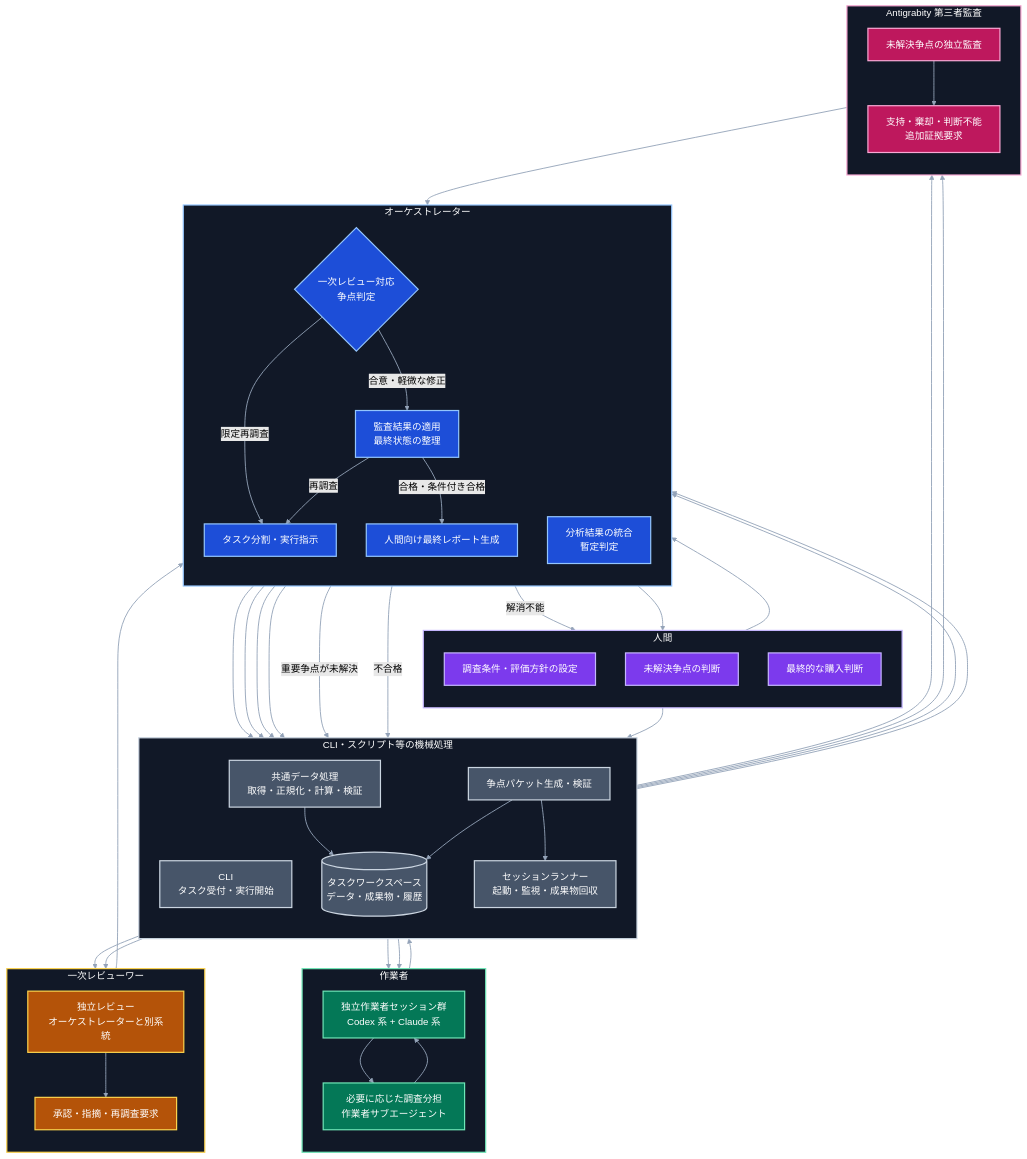
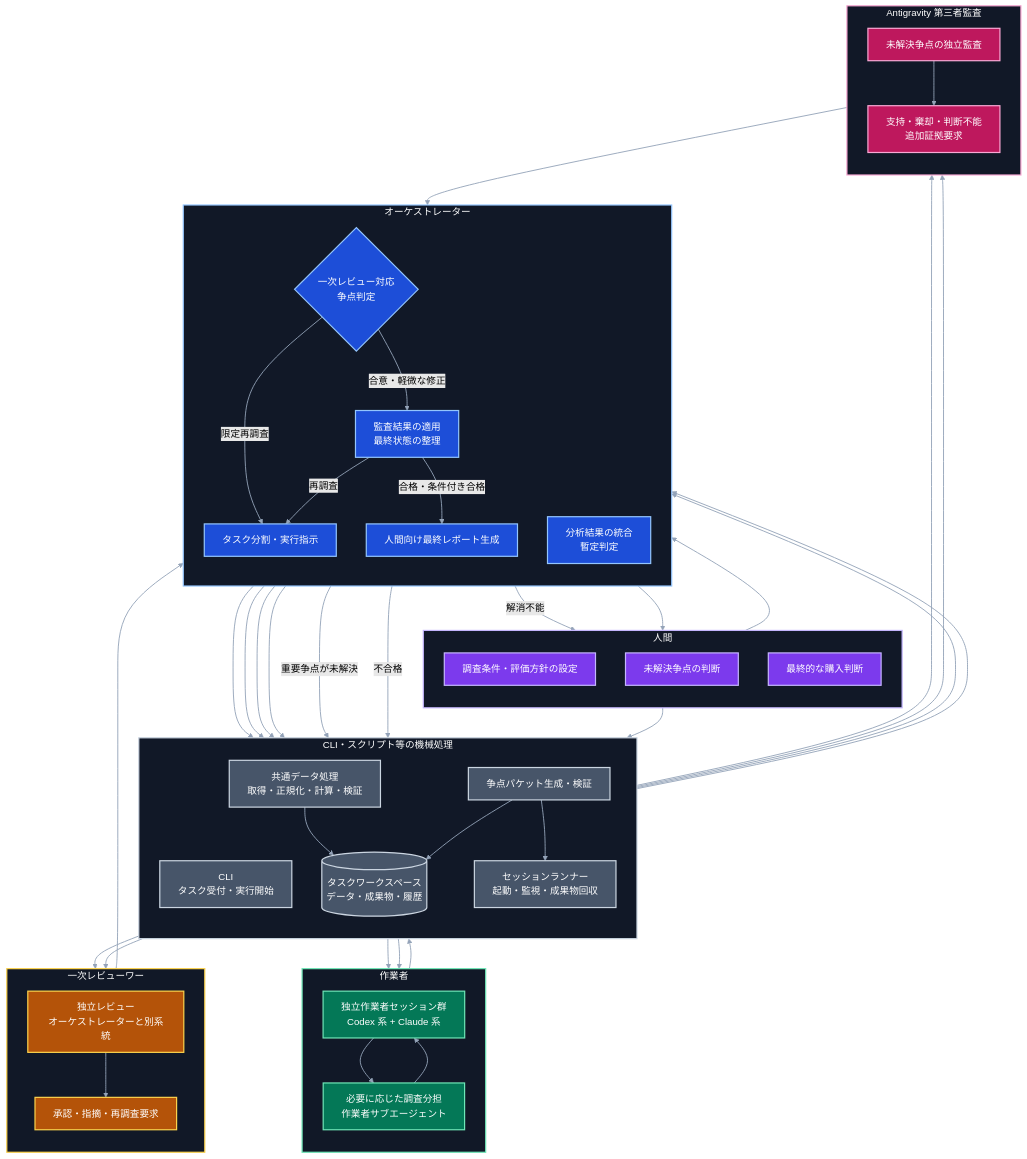
The first of 7 diagrams in docs/design/02-stock-research-system-architecture.md (toike08D17012/system-trade-with-llm-orchestrator), drawn with Mermaid (forest theme) before and after one commit. The commit also changed other lines of this file and 1 other file, not shown here.

Commit message:
docs: standardize Antigravity and reviewer policy

````diff
--- a/docs/design/02-stock-research-system-architecture.md
+++ b/docs/design/02-stock-research-system-architecture.md
@@ -62,7 +62,7 @@
         RJ["承認・指摘・再調査要求"]
     end
 
-    subgraph ANTIGRABITY_AUDIT["Antigrabity 第三者監査"]
+    subgraph ANTIGRAVITY_AUDIT["Antigravity 第三者監査"]
         direction TB
         G["未解決争点の独立監査"]
         GJ["支持・棄却・判断不能<br/>追加証拠要求"]
@@ -105,21 +105,21 @@
     classDef orchestratorRole fill:#1D4ED8,stroke:#93C5FD,color:#FFFFFF,stroke-width:2px
     classDef workerRole fill:#047857,stroke:#6EE7B7,color:#FFFFFF,stroke-width:2px
     classDef reviewerRole fill:#B45309,stroke:#FCD34D,color:#FFFFFF,stroke-width:2px
-    classDef antigrabityRole fill:#BE185D,stroke:#F9A8D4,color:#FFFFFF,stroke-width:2px
+    classDef antigravityRole fill:#BE185D,stroke:#F9A8D4,color:#FFFFFF,stroke-width:2px
     classDef machineRole fill:#475569,stroke:#CBD5E1,color:#FFFFFF,stroke-width:2px
 
     class H,HE,HD humanRole
     class O,A,J,Z,F orchestratorRole
     class W,WS workerRole
     class R,RJ reviewerRole
-    class G,GJ antigrabityRole
+    class G,GJ antigravityRole
     class CLI,D,SR,DP,S machineRole
 
     style HUMAN fill:#111827,stroke:#C4B5FD,color:#FFFFFF,stroke-width:2px
     style ORCHESTRATOR fill:#111827,stroke:#93C5FD,color:#FFFFFF,stroke-width:2px
     style WORKERS fill:#111827,stroke:#6EE7B7,color:#FFFFFF,stroke-width:2px
     style PRIMARY_REVIEW fill:#111827,stroke:#FCD34D,color:#FFFFFF,stroke-width:2px
-    style ANTIGRABITY_AUDIT fill:#111827,stroke:#F9A8D4,color:#FFFFFF,stroke-width:2px
+    style ANTIGRAVITY_AUDIT fill:#111827,stroke:#F9A8D4,color:#FFFFFF,stroke-width:2px
     style MACHINE fill:#111827,stroke:#CBD5E1,color:#FFFFFF,stroke-width:2px
     linkStyle default stroke:#94A3B8,stroke-width:1.5px
 ```
````
